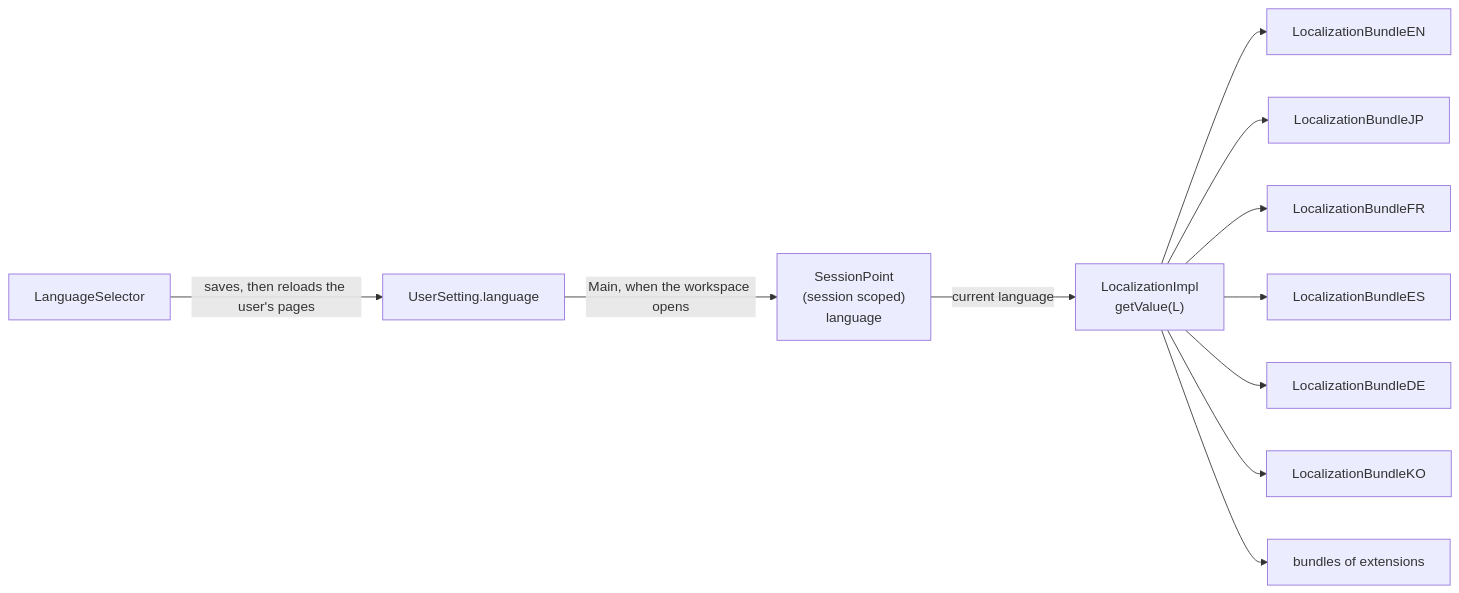
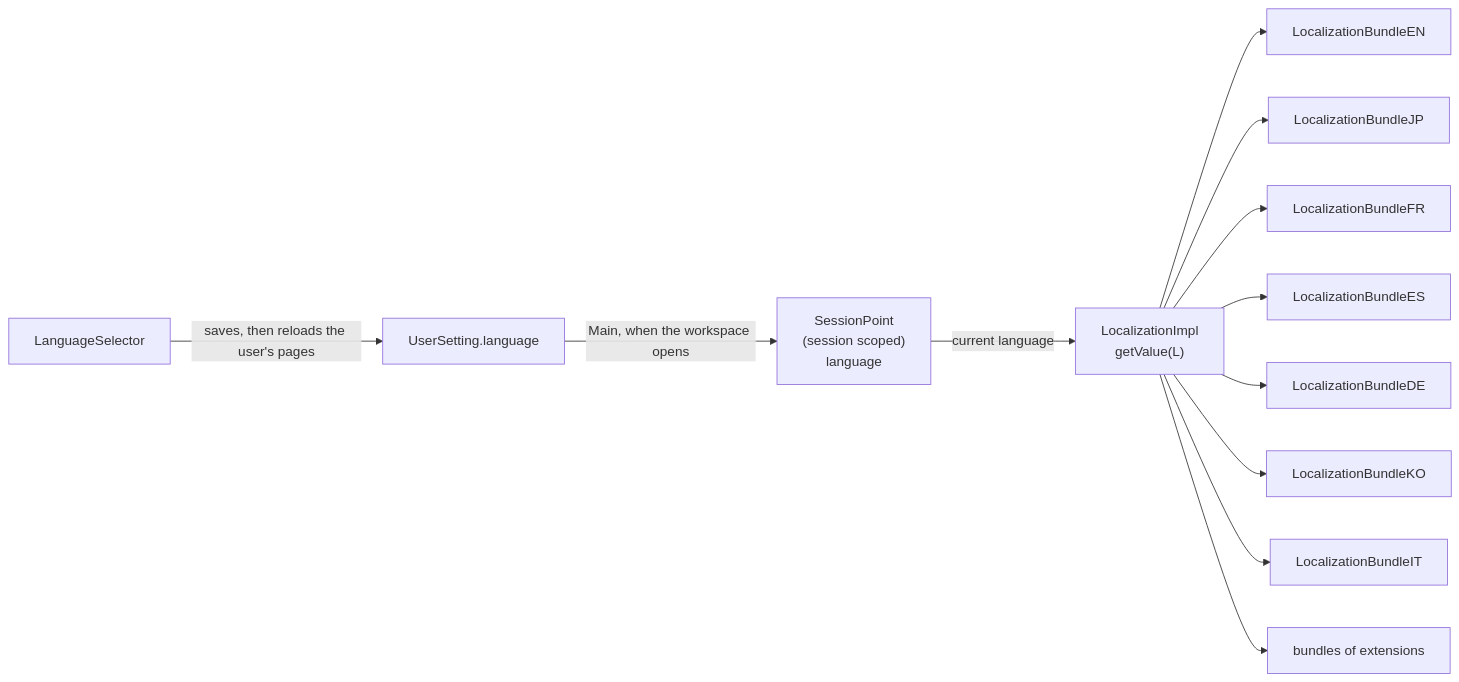
One commit to Enerccio/Marginalia changed the seventh of 7 diagrams in manual/developer/architecture.md. Above: the diagram before and after it, drawn with Mermaid. The commit also changed other lines of this file and 46 other files, not shown here.

````diff
--- a/manual/developer/architecture.md
+++ b/manual/developer/architecture.md
@@ -543,13 +543,14 @@
 ```mermaid
 flowchart LR
     SP["SessionPoint<br/>(session scoped)<br/>language"] -->|current language| Loc["LocalizationImpl<br/>getValue(L)"]
     Loc --> B1["LocalizationBundleEN"]
     Loc --> B2["LocalizationBundleJP"]
     Loc --> B4["LocalizationBundleFR"]
     Loc --> B5["LocalizationBundleES"]
     Loc --> B6["LocalizationBundleDE"]
     Loc --> B7["LocalizationBundleKO"]
+    Loc --> B8["LocalizationBundleIT"]
     Loc --> B3["bundles of extensions"]
     US["UserSetting.language"] -->|"Main, when the workspace opens"| SP
     LS["LanguageSelector"] -->|saves, then reloads the user's pages| US
 ```
````
